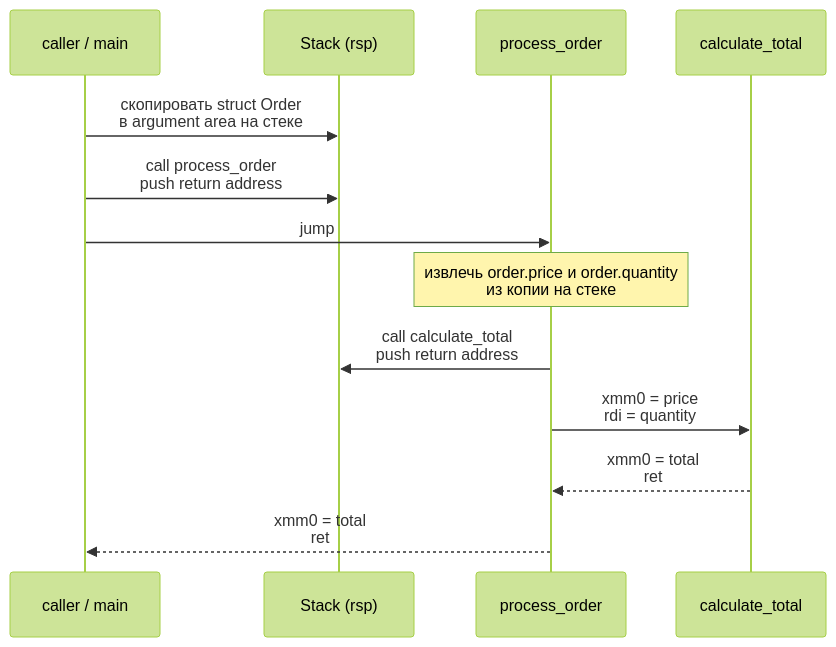
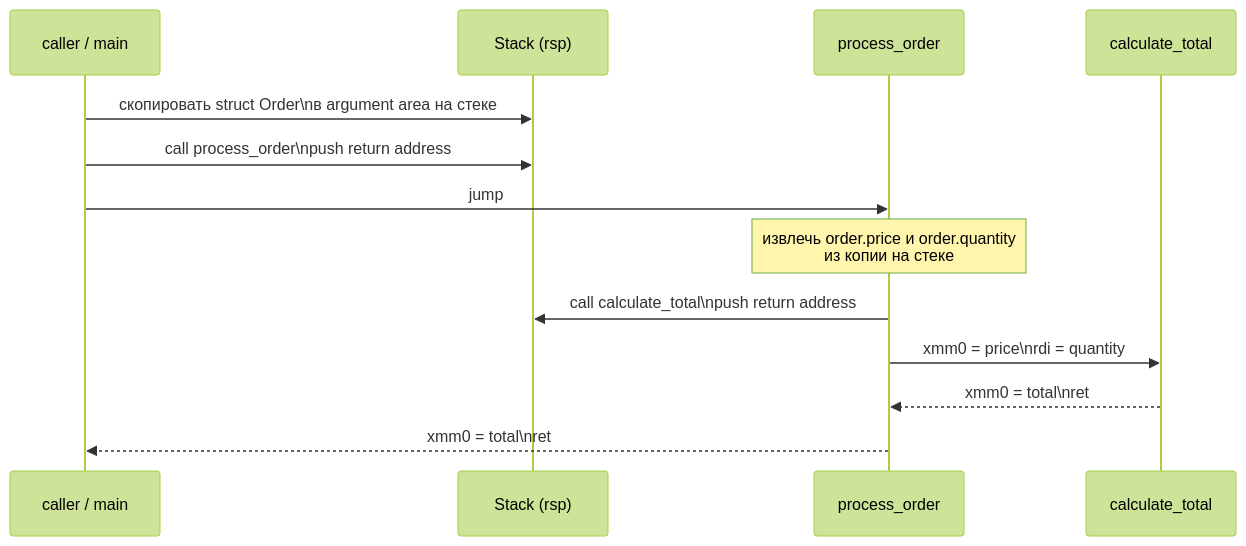
Before and after one commit to AlexeyMatskevich/cs-notes: the diagram in computer/programmer-model/01-abi-and-data-layout.md, drawn with Mermaid (forest theme). The commit also changed other lines of this file and 91 other files, not shown here.

````diff
--- a/computer/programmer-model/01-abi-and-data-layout.md
+++ b/computer/programmer-model/01-abi-and-data-layout.md
@@ -57,16 +57,16 @@
 ```mermaid
 sequenceDiagram
     participant CALLER as caller / main
     participant STACK as Stack (rsp)
     participant PO as process_order
     participant CT as calculate_total
 
-    CALLER->>STACK: скопировать struct Order<br/>в argument area на стеке
-    CALLER->>STACK: call process_order<br/>push return address
+    CALLER->>STACK: скопировать struct Order\nв argument area на стеке
+    CALLER->>STACK: call process_order\npush return address
     CALLER->>PO: jump
-    Note over PO: извлечь order.price и order.quantity<br/>из копии на стеке
-    PO->>STACK: call calculate_total<br/>push return address
-    PO->>CT: xmm0 = price<br/>rdi = quantity
-    CT-->>PO: xmm0 = total<br/>ret
-    PO-->>CALLER: xmm0 = total<br/>ret
+    Note over PO: извлечь order.price и order.quantity<br>из копии на стеке
+    PO->>STACK: call calculate_total\npush return address
+    PO->>CT: xmm0 = price\nrdi = quantity
+    CT-->>PO: xmm0 = total\nret
+    PO-->>CALLER: xmm0 = total\nret
 ```
````
